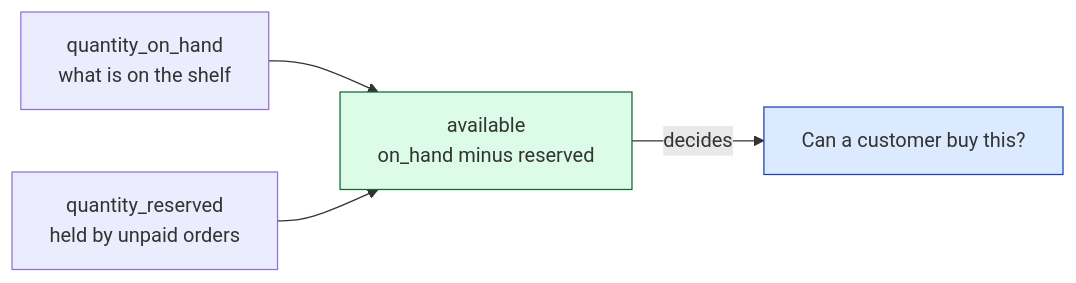
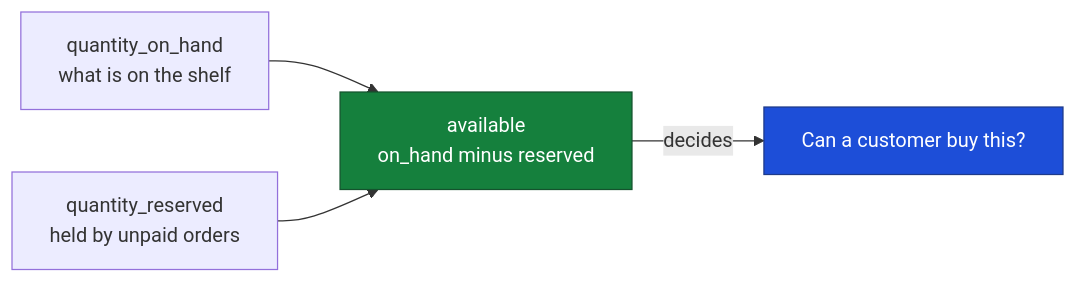
The eighth of 18 diagrams in README.md (ahmedselimmansor-ctrl/Eshop-E-Comerce-NEXT.JS-Spring-Boot), drawn with Mermaid before and after one commit. The commit also changed other lines of this file, not shown here.

````diff
--- a/README.md
+++ b/README.md
@@ -386,13 +421,13 @@
 ```mermaid
 flowchart LR
     OH["quantity_on_hand<br/>what is on the shelf"]
     RS["quantity_reserved<br/>held by unpaid orders"]
     AV["available<br/>on_hand minus reserved"]
 
     OH --> AV
     RS --> AV
     AV -->|"decides"| BUY["Can a customer buy this?"]
 
-    style AV fill:#dcfce7,stroke:#166534
-    style BUY fill:#dbeafe,stroke:#1e40af
+    style AV fill:#15803d,stroke:#14532d,color:#ffffff
+    style BUY fill:#1d4ed8,stroke:#1e3a8a,color:#ffffff
 ```
````
